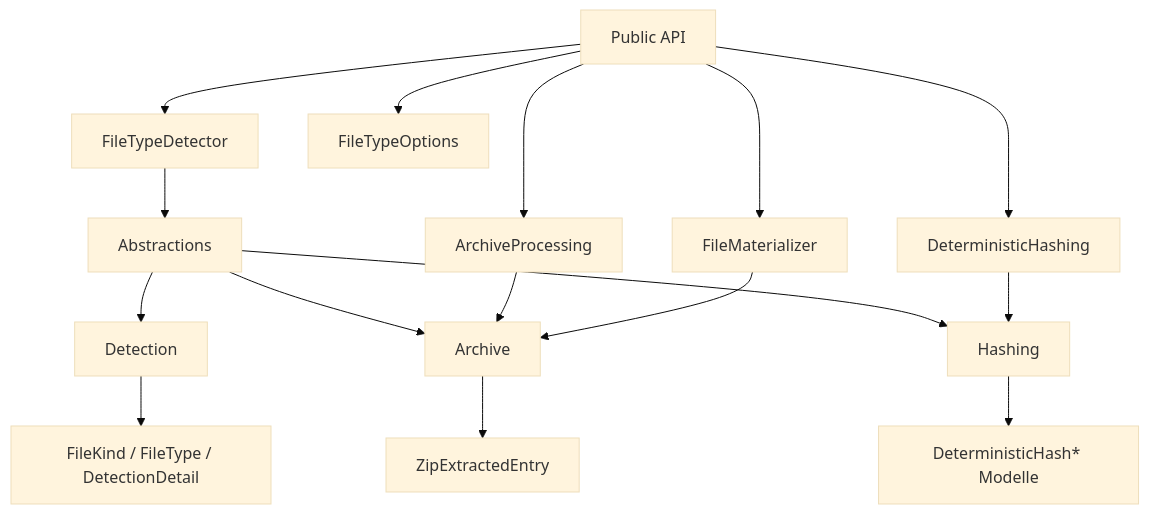
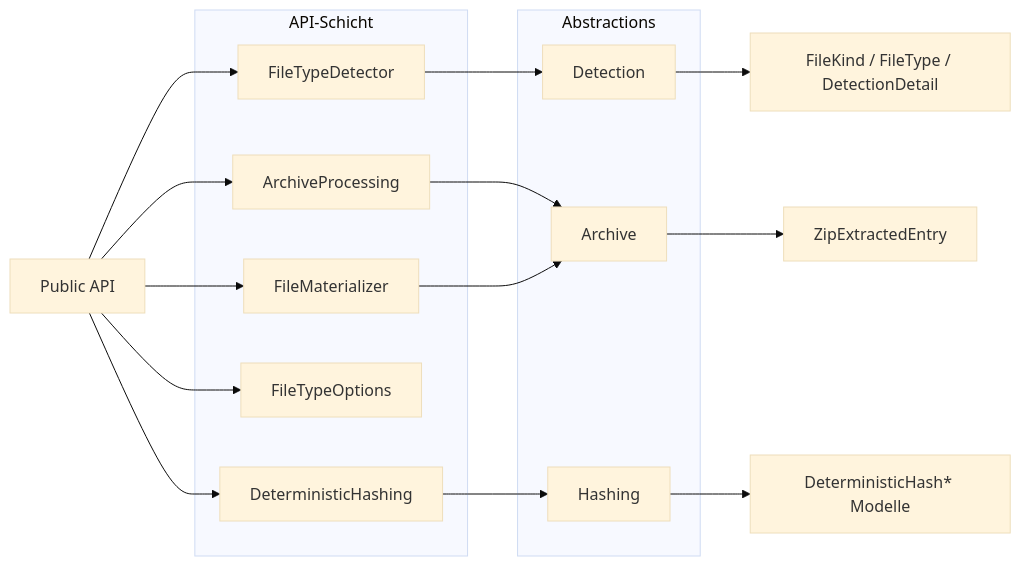
Before and after one commit to tomtastisch/FileClassifier: the diagram in README.md, drawn with Mermaid (base theme). The commit also changed other lines of this file, not shown here.

Commit message:
docs(readme): reorder architecture chart to avoid crossing arrows

````diff
--- a/README.md
+++ b/README.md
@@ -17,20 +17,37 @@
 ```mermaid
-graph TD
-    API["Public API"] --> DET["FileTypeDetector"]
-    API --> ARC["ArchiveProcessing"]
-    API --> MAT["FileMaterializer"]
-    API --> OPT["FileTypeOptions"]
-    API --> HSH["DeterministicHashing"]
+flowchart LR
+    API["Public API"]
 
-    ABS["Abstractions"] --> B["Detection"]
-    ABS --> C["Archive"]
-    ABS --> D["Hashing"]
-    B --> B1["FileKind / FileType / DetectionDetail"]
-    C --> C1["ZipExtractedEntry"]
-    D --> D1["DeterministicHash* Modelle"]
+    subgraph API_LAYER["API-Schicht"]
+        DET["FileTypeDetector"]
+        ARC["ArchiveProcessing"]
+        MAT["FileMaterializer"]
+        OPT["FileTypeOptions"]
+        HSH["DeterministicHashing"]
+    end
 
-    DET --> ABS
-    ARC --> C
-    MAT --> C
-    HSH --> D
+    subgraph MODEL_LAYER["Abstractions"]
+        DETM["Detection"]
+        ARCM["Archive"]
+        HASHM["Hashing"]
+    end
+
+    DETOUT["FileKind / FileType / DetectionDetail"]
+    ARCOUT["ZipExtractedEntry"]
+    HASHOUT["DeterministicHash* Modelle"]
+
+    API --> DET
+    API --> ARC
+    API --> MAT
+    API --> OPT
+    API --> HSH
+
+    DET --> DETM
+    ARC --> ARCM
+    MAT --> ARCM
+    HSH --> HASHM
+
+    DETM --> DETOUT
+    ARCM --> ARCOUT
+    HASHM --> HASHOUT
 ```
````
